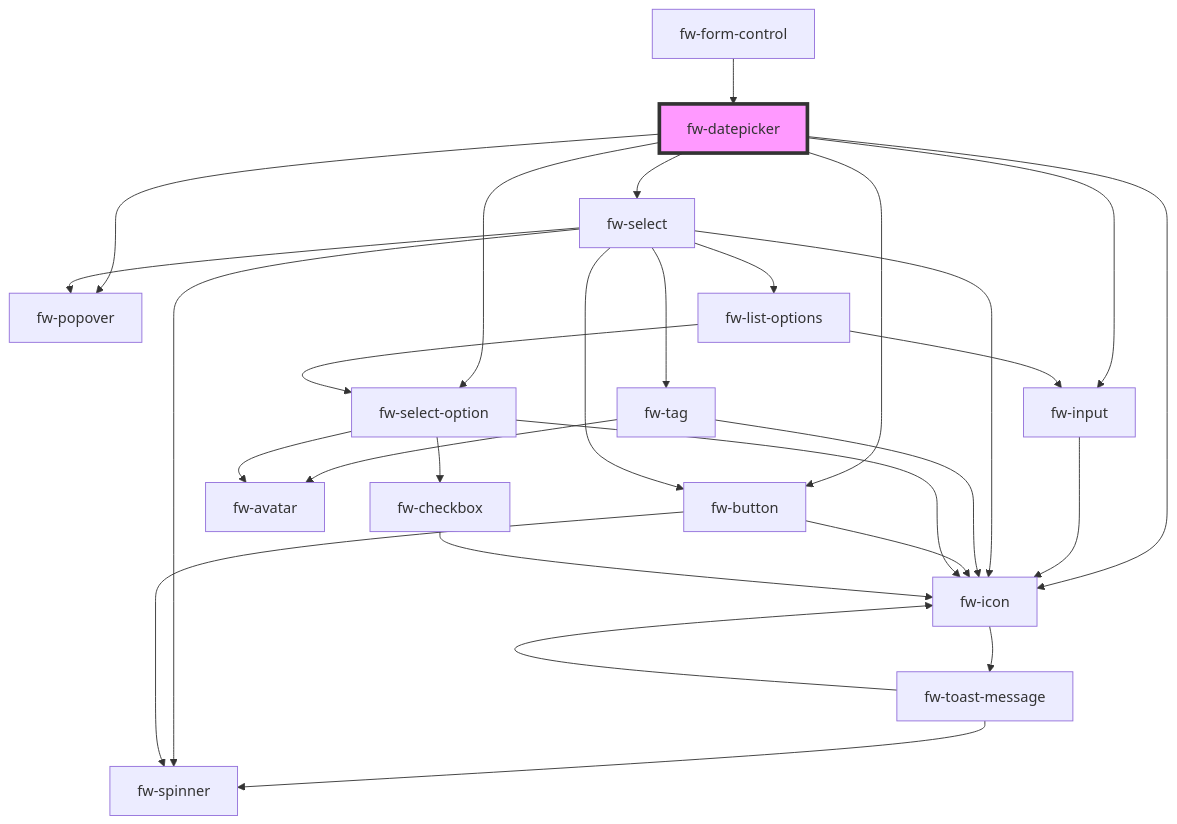
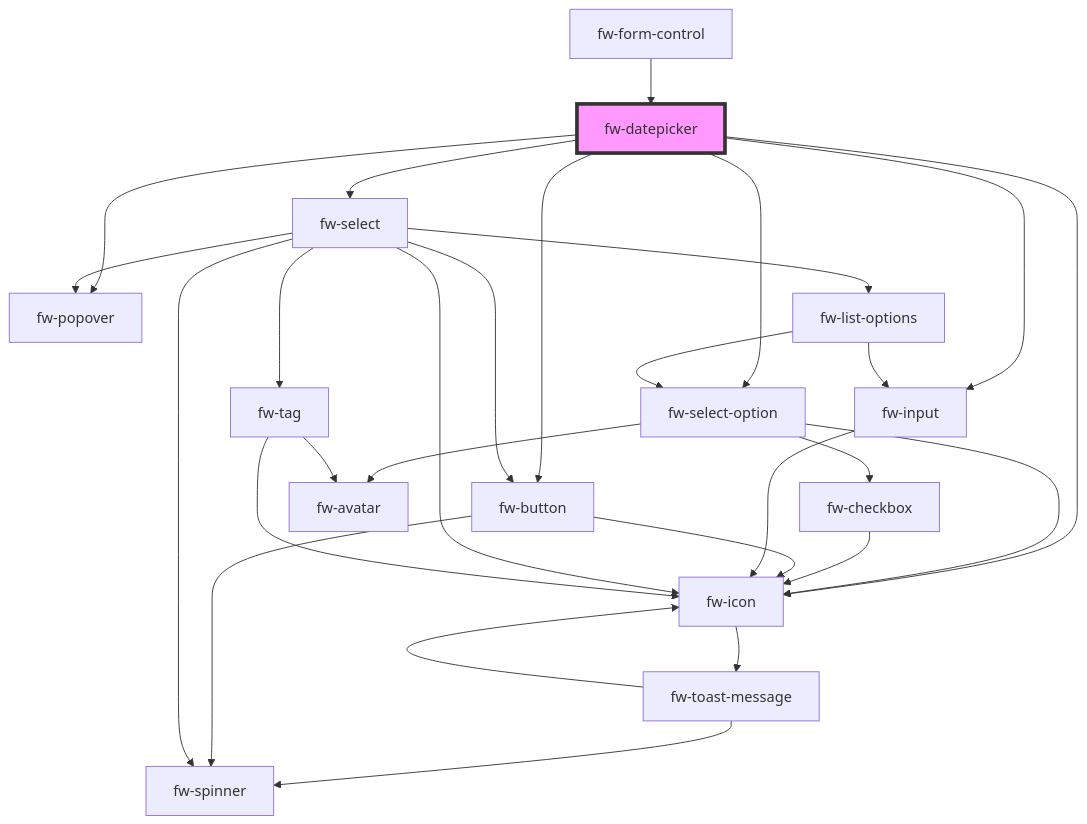
The diagram in packages/crayons-core/src/components/datepicker/readme.md (freshworks/crayons), drawn with Mermaid before and after one commit. The commit also changed other lines of this file and 4 other files, not shown here.

````diff
--- a/packages/crayons-core/src/components/datepicker/readme.md
+++ b/packages/crayons-core/src/components/datepicker/readme.md
@@ -159,31 +161,31 @@
 ```mermaid
 graph TD;
+  fw-datepicker --> fw-select-option
+  fw-datepicker --> fw-button
   fw-datepicker --> fw-popover
   fw-datepicker --> fw-input
   fw-datepicker --> fw-icon
   fw-datepicker --> fw-select
-  fw-datepicker --> fw-select-option
-  fw-datepicker --> fw-button
-  fw-input --> fw-icon
+  fw-select-option --> fw-icon
+  fw-select-option --> fw-checkbox
+  fw-select-option --> fw-avatar
   fw-icon --> fw-toast-message
   fw-toast-message --> fw-spinner
   fw-toast-message --> fw-icon
+  fw-checkbox --> fw-icon
+  fw-button --> fw-spinner
+  fw-button --> fw-icon
+  fw-input --> fw-icon
   fw-select --> fw-tag
   fw-select --> fw-popover
   fw-select --> fw-button
   fw-select --> fw-spinner
   fw-select --> fw-icon
   fw-select --> fw-list-options
   fw-tag --> fw-avatar
   fw-tag --> fw-icon
-  fw-button --> fw-spinner
-  fw-button --> fw-icon
   fw-list-options --> fw-select-option
   fw-list-options --> fw-input
-  fw-select-option --> fw-icon
-  fw-select-option --> fw-checkbox
-  fw-select-option --> fw-avatar
-  fw-checkbox --> fw-icon
   fw-form-control --> fw-datepicker
   style fw-datepicker fill:#f9f,stroke:#333,stroke-width:4px
 ```
````
